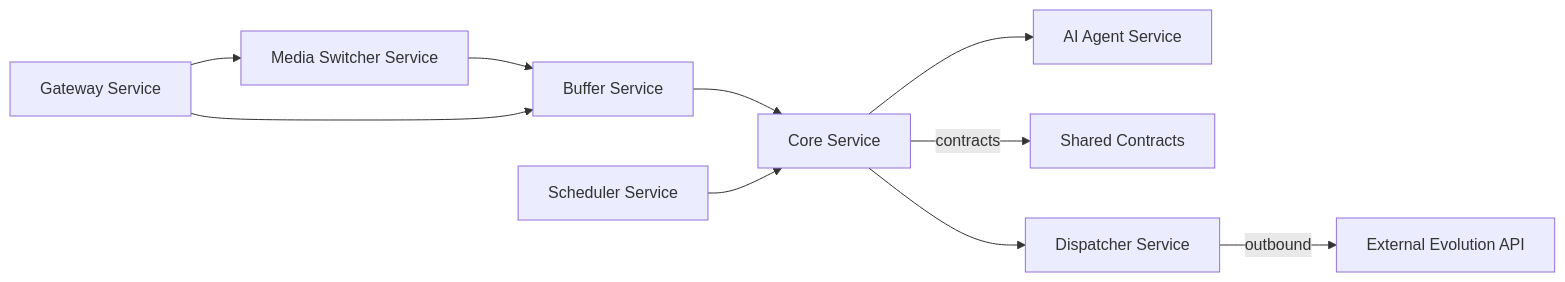
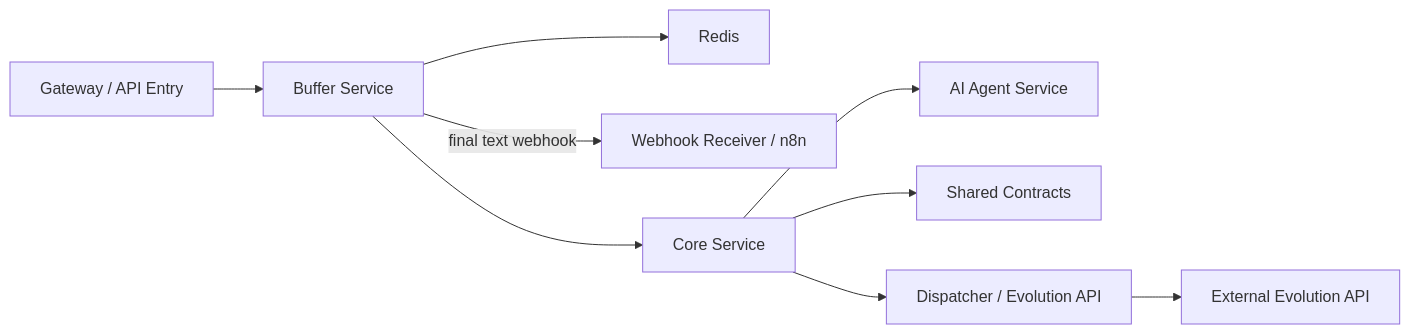
The diagram in docs/architecture.md (juliosantosai/begabot), drawn with Mermaid before and after one commit. The commit also changed other lines of this file and 32 other files, not shown here.

````diff
--- a/docs/architecture.md
+++ b/docs/architecture.md
@@ -23,12 +38,11 @@
 ```mermaid
 graph LR
-  GW[Gateway Service] --> MEDIA[Media Switcher Service]
-  MEDIA --> BUF[Buffer Service]
-  GW --> BUF[Buffer Service]
+  GW[Gateway / API Entry] --> BUF[Buffer Service]
+  BUF --> REDIS[Redis]
+  BUF -->|final text webhook| WEBHOOK[Webhook Receiver / n8n]
   BUF --> CORE[Core Service]
   CORE --> AI[AI Agent Service]
-  CORE -->|contracts| SHARED[Shared Contracts]
-  SCHED[Scheduler Service] --> CORE
-  CORE --> DISPATCH[Dispatcher Service]
-  DISPATCH -->|outbound| EV[External Evolution API]
+  CORE --> SHARED[Shared Contracts]
+  CORE --> DISPATCH[Dispatcher / Evolution API]
+  DISPATCH --> EV[External Evolution API]
 ```
````
